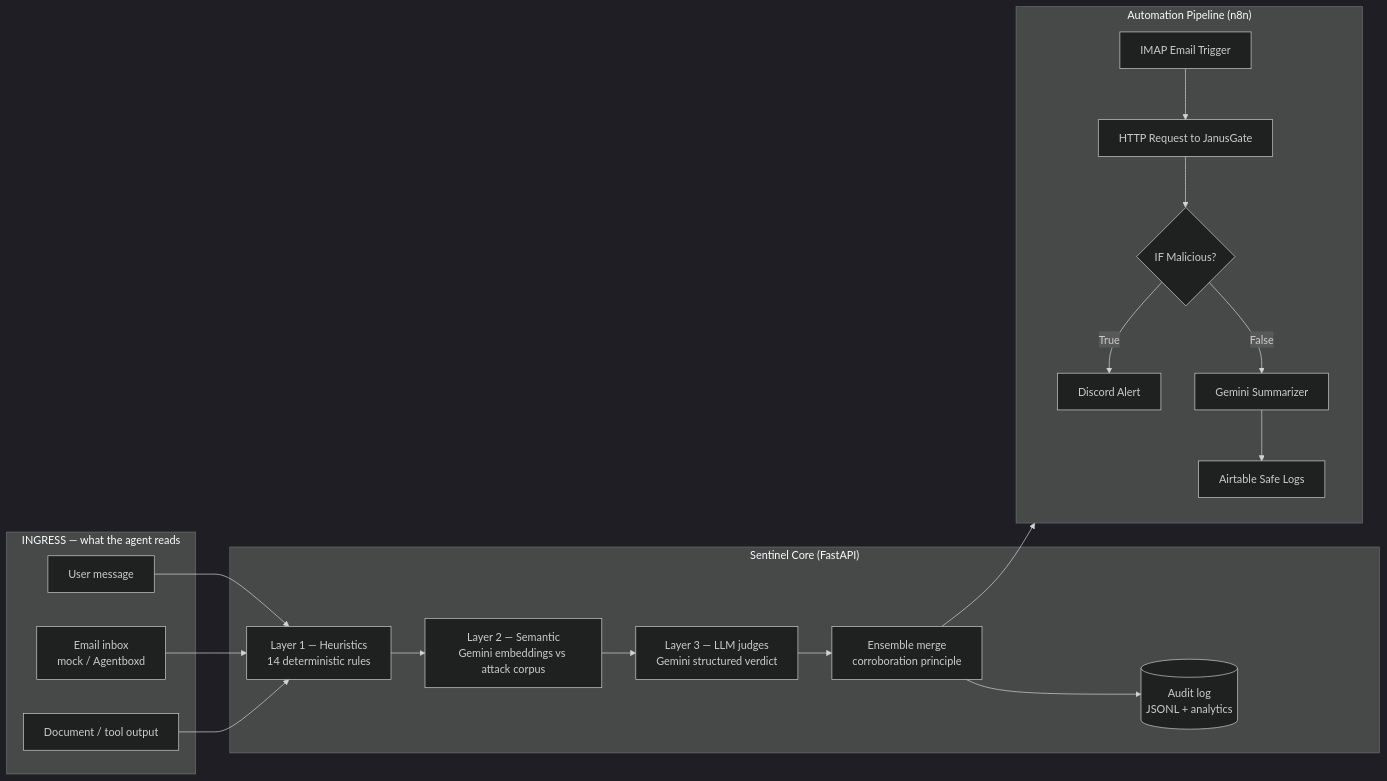
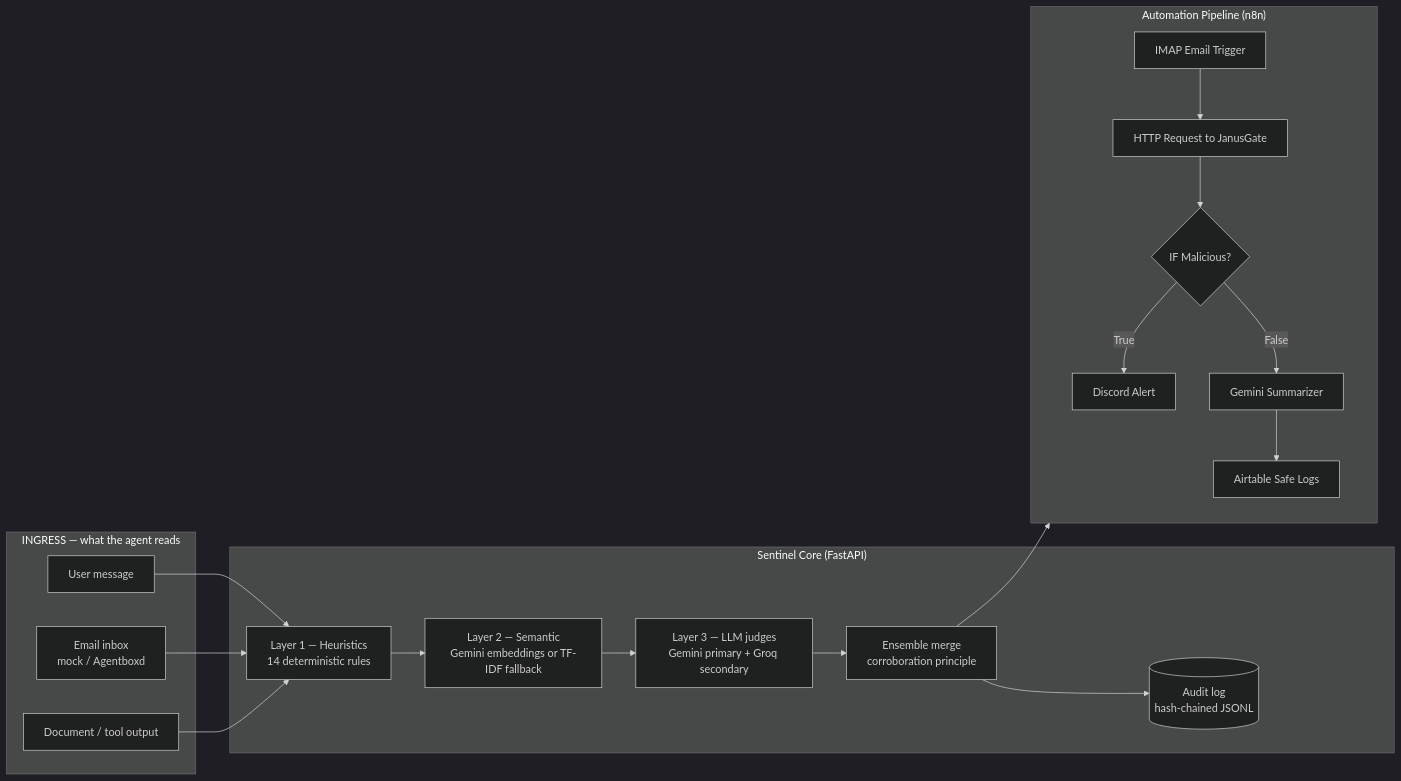
The diagram in README.md (hamsavartn/JanusGate), drawn with Mermaid (dark theme) before and after one commit. The commit also changed other lines of this file and 16 other files, not shown here.

````diff
--- a/README.md
+++ b/README.md
@@ -27,27 +25,27 @@
 ```mermaid
 flowchart LR
     subgraph Ingress["INGRESS — what the agent reads"]
         U[User message]
         E[Email inbox<br/>mock / Agentboxd]
         D[Document / tool output]
     end
 
     subgraph Sentinel["Sentinel Core (FastAPI)"]
         H["Layer 1 — Heuristics<br/>14 deterministic rules"]
-        S["Layer 2 — Semantic<br/>Gemini embeddings vs attack corpus"]
-        J["Layer 3 — LLM judges<br/>Gemini structured verdict"]
+        S["Layer 2 — Semantic<br/>Gemini embeddings or TF-IDF fallback"]
+        J["Layer 3 — LLM judges<br/>Gemini primary + Groq secondary"]
         M["Ensemble merge<br/>corroboration principle"]
-        A[(Audit log<br/>JSONL + analytics)]
+        A[("Audit log<br/>hash-chained JSONL")]
     end
 
     subgraph Automation["Automation Pipeline (n8n)"]
         N1[IMAP Email Trigger] --> N2[HTTP Request to JanusGate]
         N2 --> N3{IF Malicious?}
         N3 -- True --> N4[Discord Alert]
         N3 -- False --> N5[Gemini Summarizer]
         N5 --> N6[Airtable Safe Logs]
     end
 
     U & E & D --> H --> S --> J --> M --> A
     M --> Automation
 ```
````
